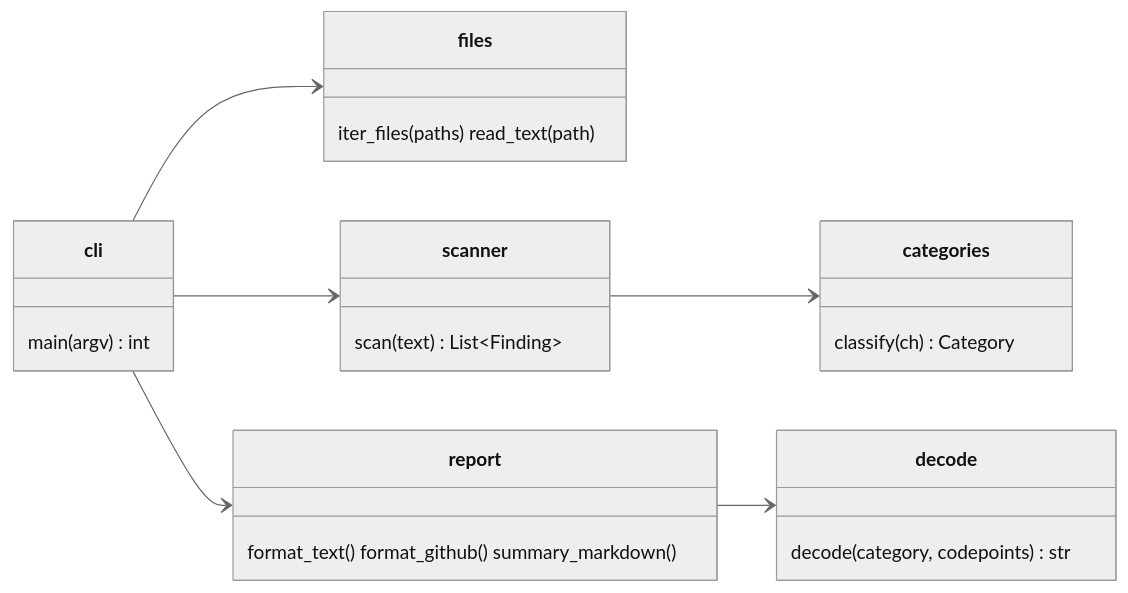
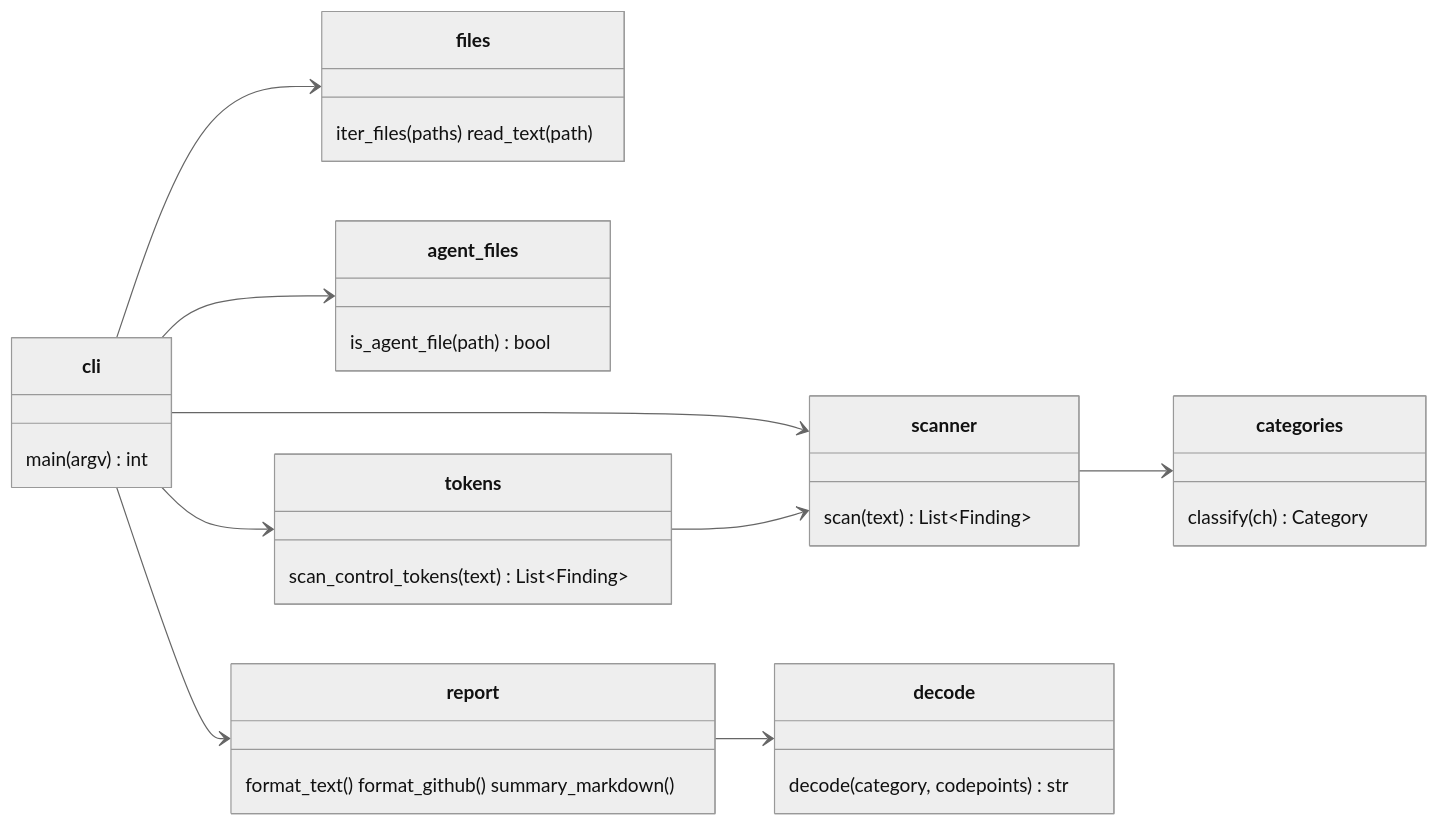
One commit to raulkivi/unicode-smuggling-guard changed the diagram in README.md. Above: the diagram before and after it, drawn with Mermaid (neutral theme). The commit also changed other lines of this file and 18 other files, not shown here.

````diff
--- a/README.md
+++ b/README.md
@@ -117,15 +158,20 @@
 ```mermaid
 classDiagram
     direction LR
     class cli { main(argv) int }
     class files { iter_files(paths) read_text(path) }
+    class agent_files { is_agent_file(path) bool }
     class scanner { scan(text) List~Finding~ }
+    class tokens { scan_control_tokens(text) List~Finding~ }
     class categories { classify(ch) Category }
     class decode { decode(category, codepoints) str }
     class report { format_text() format_github() summary_markdown() }
     cli --> files
+    cli --> agent_files
     cli --> scanner
+    cli --> tokens
     cli --> report
     scanner --> categories
+    tokens --> scanner
     report --> decode
 ```
````
